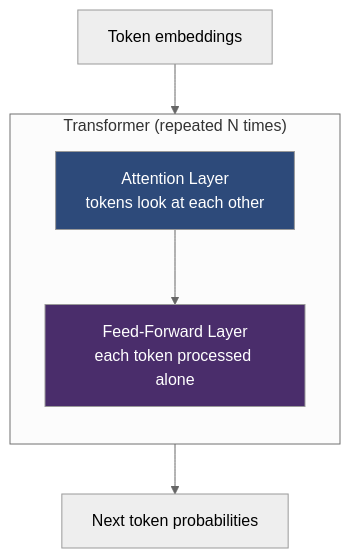
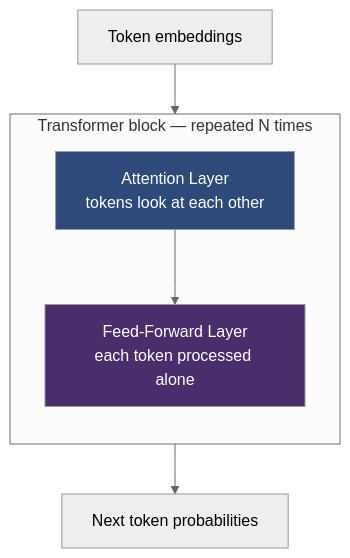
Before and after one commit to Jonathan34/ai-learning: the second of 3 diagrams in 01-foundations/01-llm-mental-model.md, drawn with Mermaid (neutral theme). The commit also changed other lines of this file, not shown here.

Commit message:
fix: more details

````diff
--- a/01-foundations/01-llm-mental-model.md
+++ b/01-foundations/01-llm-mental-model.md
@@ -75,13 +75,13 @@
 ```mermaid
 flowchart TB
-    subgraph "Transformer (repeated N times)"
+    subgraph "Transformer block — repeated N times"
         direction TB
         ATT[Attention Layer<br/>tokens look at each other] --> FF[Feed-Forward Layer<br/>each token processed alone]
     end
 
     IN[Token embeddings] --> ATT
     FF --> OUT[Next token probabilities]
 
     style ATT fill:#2d4a7a,color:#fff
     style FF fill:#4a2d6b,color:#fff
 ```
````
